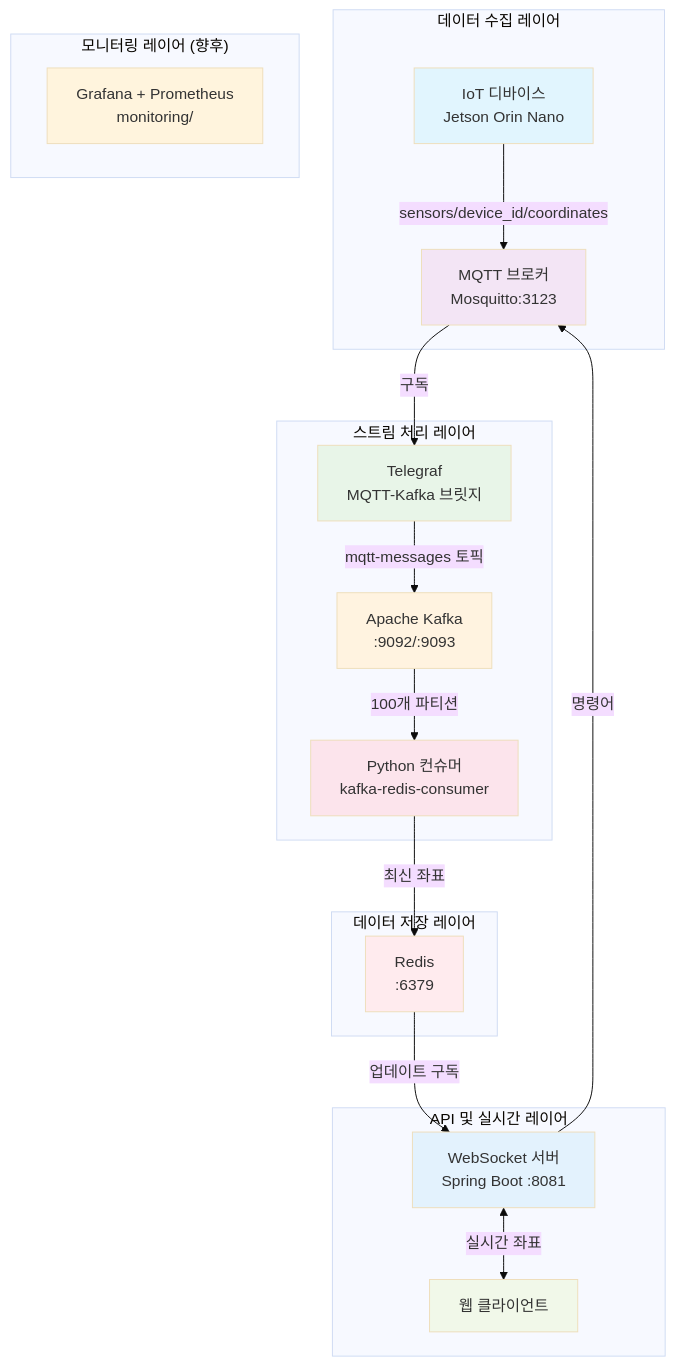
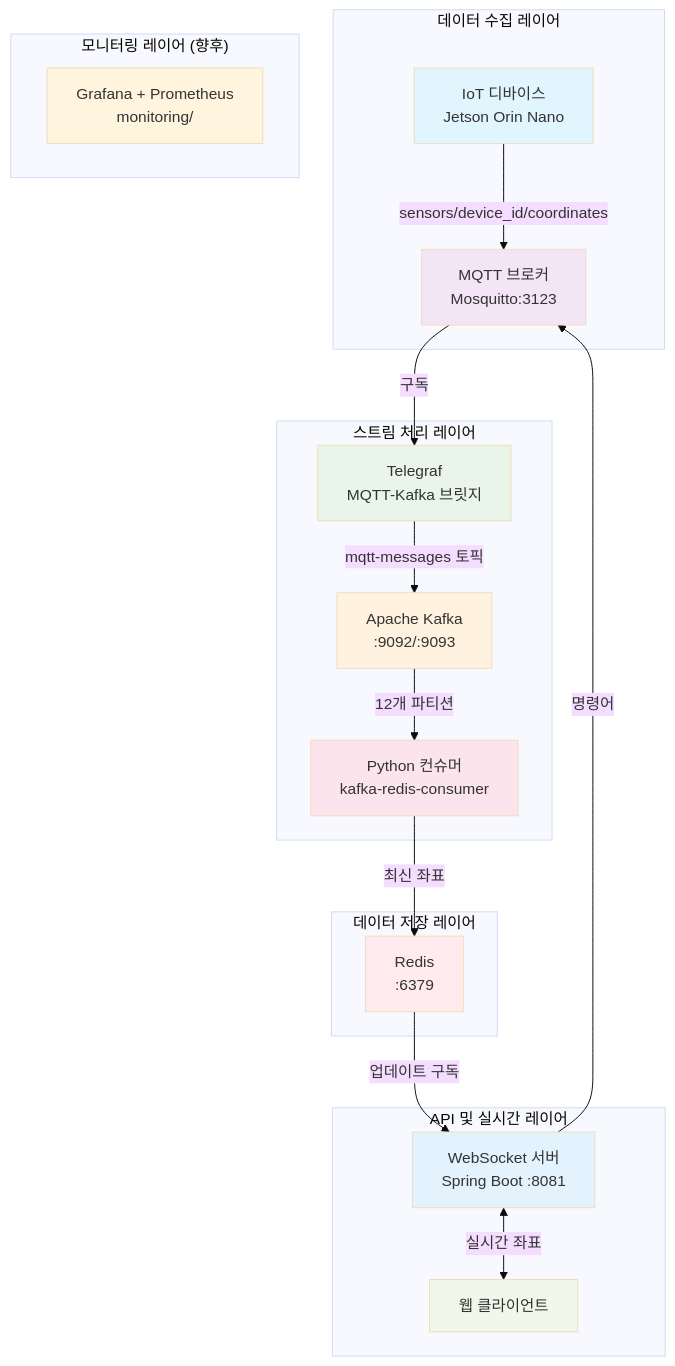
One commit to minjcho/mqttServer changed the diagram in README.md. Above: the diagram before and after it, drawn with Mermaid (base theme). The commit also changed other lines of this file and 12 other files, not shown here.

````diff
--- a/README.md
+++ b/README.md
@@ -7,45 +7,45 @@
 ```mermaid
 graph TB
     subgraph "데이터 수집 레이어"
         IOT[IoT 디바이스<br/>Jetson Orin Nano]
         MQTT[MQTT 브로커<br/>Mosquitto:3123]
         IOT -->|sensors/device_id/coordinates| MQTT
     end
     
     subgraph "스트림 처리 레이어"
         TEL[Telegraf<br/>MQTT-Kafka 브릿지]
         KAFKA[Apache Kafka<br/>:9092/:9093]
         CONSUMER[Python 컨슈머<br/>kafka-redis-consumer]
         
         MQTT -->|구독| TEL
         TEL -->|mqtt-messages 토픽| KAFKA
-        KAFKA -->|100개 파티션| CONSUMER
+        KAFKA -->|12개 파티션| CONSUMER
     end
     
     subgraph "데이터 저장 레이어"
         REDIS[Redis<br/>:6379]
         CONSUMER -->|최신 좌표| REDIS
     end
     
     subgraph "API 및 실시간 레이어"
         WS[WebSocket 서버<br/>Spring Boot :8081]
         CLIENT[웹 클라이언트]
         
         REDIS -->|업데이트 구독| WS
         WS <-->|실시간 좌표| CLIENT
         WS -->|명령어| MQTT
     end
     
     subgraph "모니터링 레이어 (향후)"
         MON[Grafana + Prometheus<br/>monitoring/]
     end
 
     style IOT fill:#e1f5fe
     style MQTT fill:#f3e5f5
     style TEL fill:#e8f5e8
     style KAFKA fill:#fff3e0
     style CONSUMER fill:#fce4ec
     style REDIS fill:#ffebee
     style WS fill:#e3f2fd
     style CLIENT fill:#f1f8e9
 ```
````
